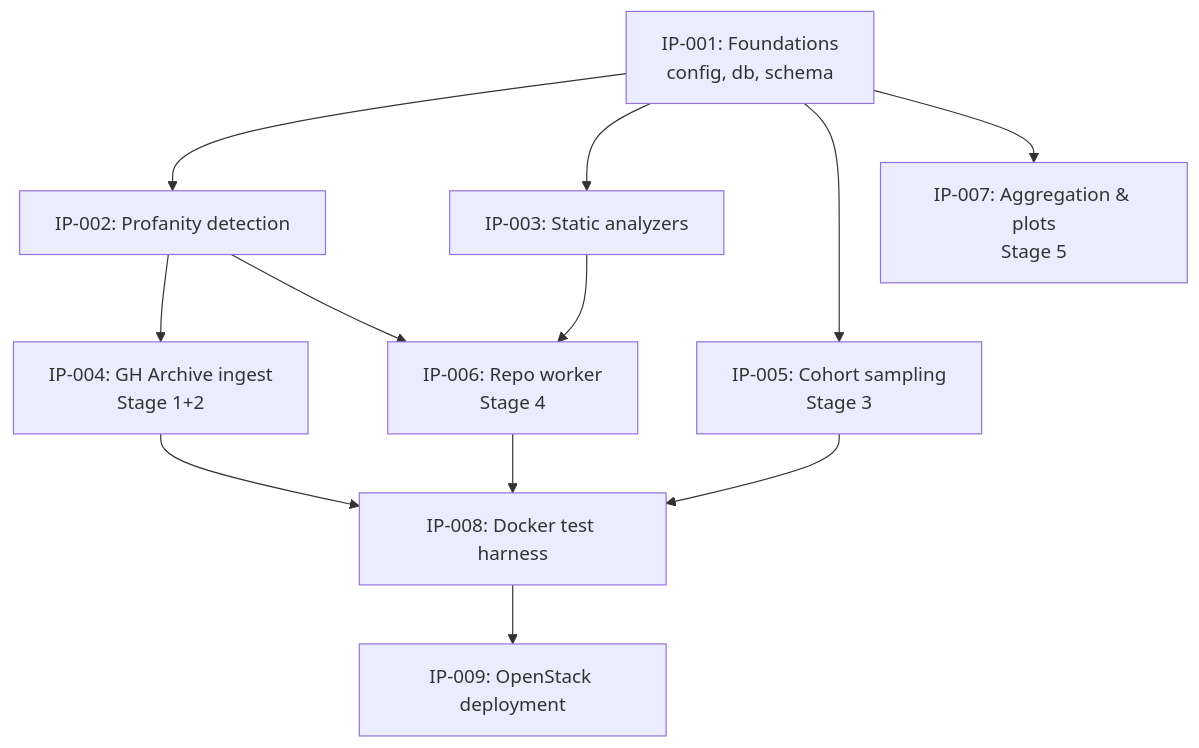
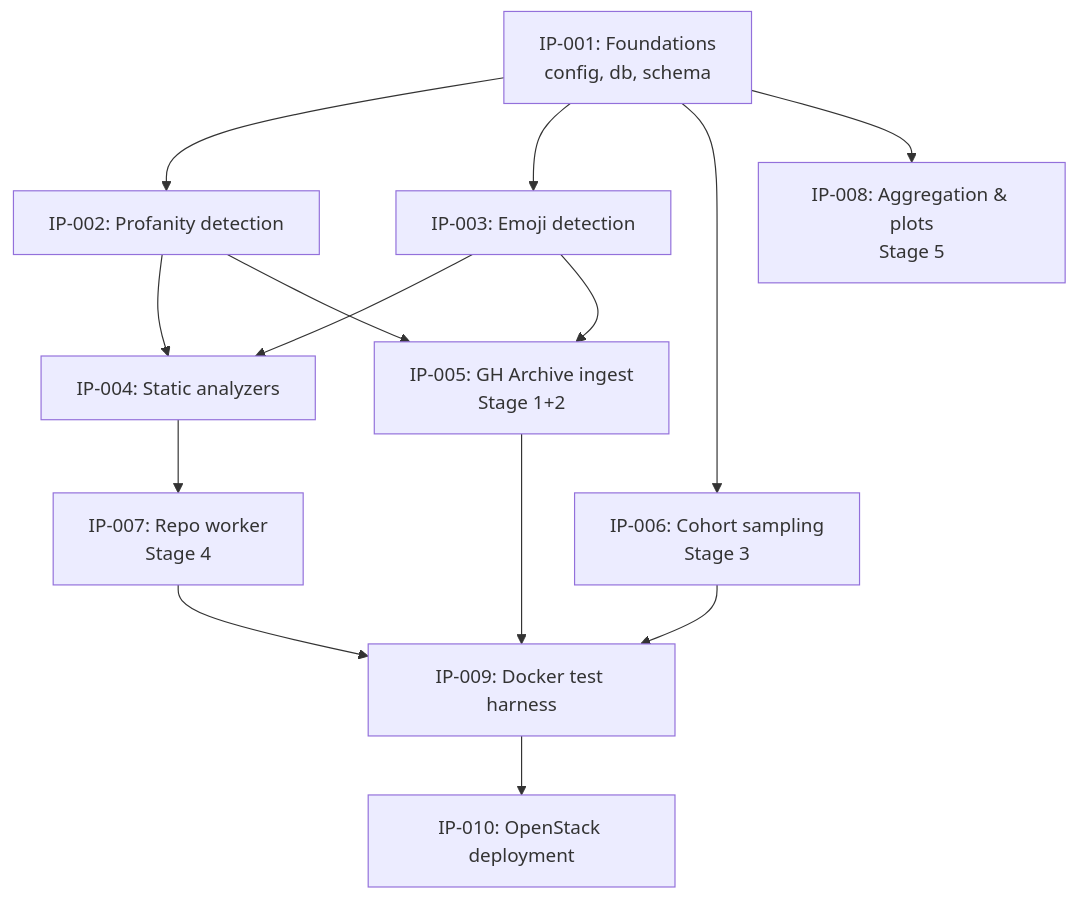
Before and after one commit to Sibyx/oss-profanity: the diagram in docs/PLAN.md, drawn with Mermaid. The commit also changed other lines of this file and 2 other files, not shown here.

Commit message:
Add emoji to the emix

````diff
--- a/docs/PLAN.md
+++ b/docs/PLAN.md
@@ -31,24 +43,27 @@
 ```mermaid
 graph TD
     IP001[IP-001: Foundations<br/>config, db, schema]
     IP002[IP-002: Profanity detection]
-    IP003[IP-003: Static analyzers]
-    IP004[IP-004: GH Archive ingest<br/>Stage 1+2]
-    IP005[IP-005: Cohort sampling<br/>Stage 3]
-    IP006[IP-006: Repo worker<br/>Stage 4]
-    IP007[IP-007: Aggregation & plots<br/>Stage 5]
-    IP008[IP-008: Docker test harness]
-    IP009[IP-009: OpenStack deployment]
+    IP003[IP-003: Emoji detection]
+    IP004[IP-004: Static analyzers]
+    IP005[IP-005: GH Archive ingest<br/>Stage 1+2]
+    IP006[IP-006: Cohort sampling<br/>Stage 3]
+    IP007[IP-007: Repo worker<br/>Stage 4]
+    IP008[IP-008: Aggregation & plots<br/>Stage 5]
+    IP009[IP-009: Docker test harness]
+    IP010[IP-010: OpenStack deployment]
 
     IP001 --> IP002
     IP001 --> IP003
-    IP001 --> IP005
-    IP001 --> IP007
+    IP001 --> IP006
+    IP001 --> IP008
     IP002 --> IP004
-    IP002 --> IP006
-    IP003 --> IP006
-    IP004 --> IP008
-    IP005 --> IP008
-    IP006 --> IP008
-    IP008 --> IP009
+    IP003 --> IP004
+    IP002 --> IP005
+    IP003 --> IP005
+    IP004 --> IP007
+    IP005 --> IP009
+    IP006 --> IP009
+    IP007 --> IP009
+    IP009 --> IP010
 ```
````
